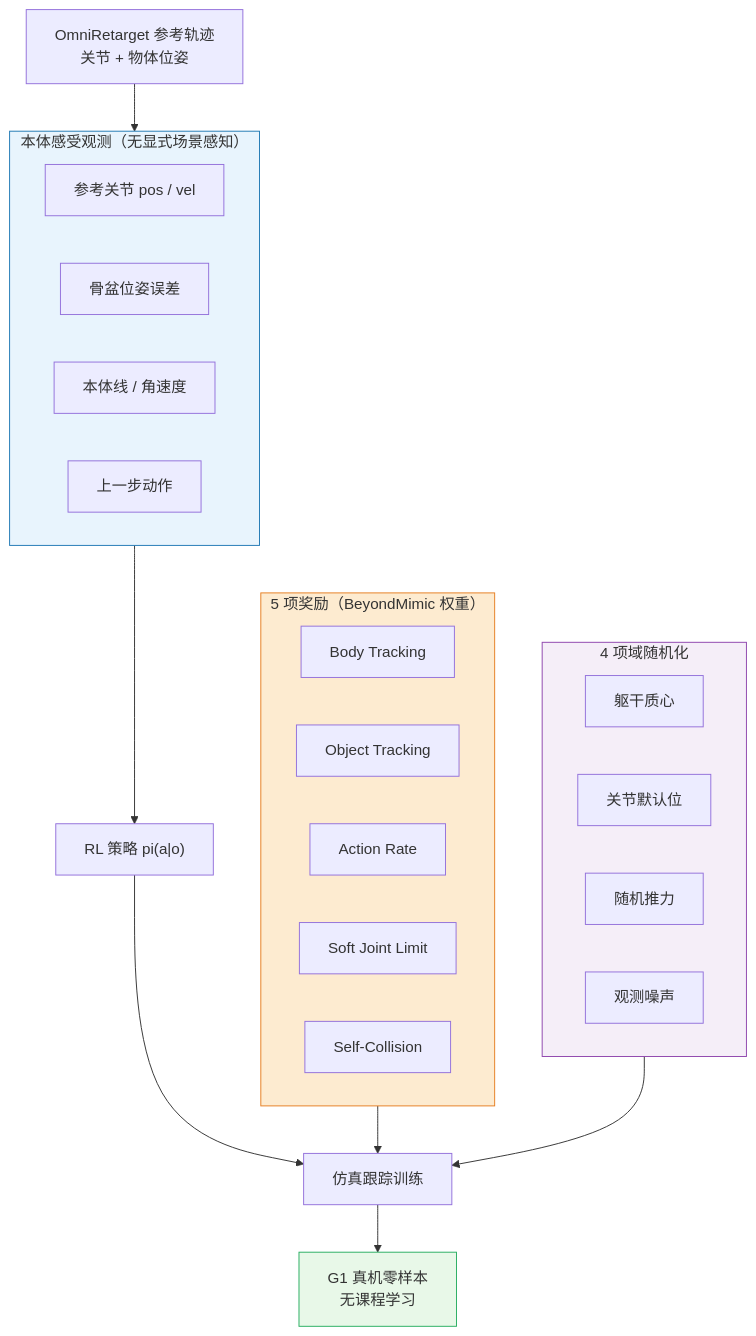
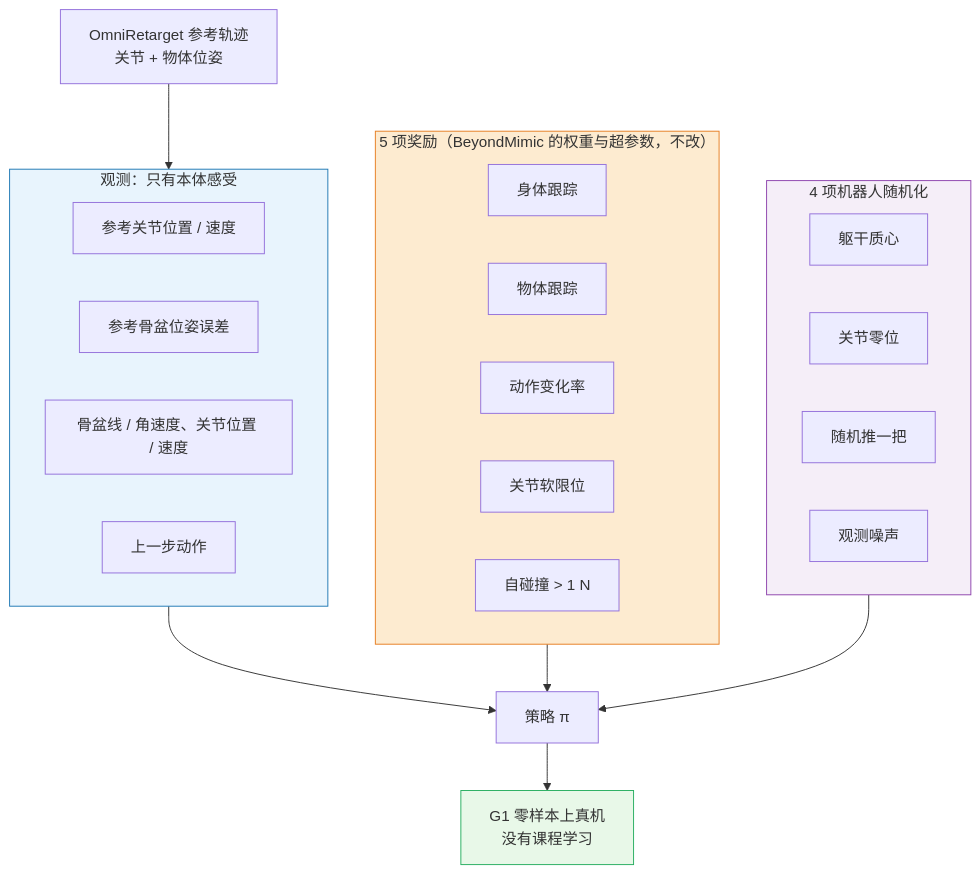
The third of 6 diagrams in papers/02_Motion_Retargeting/OmniRetarget__Interaction-Preserving_Data_Generation_for_Humanoid_Whole-Body_Loc/OmniRetarget__Interaction-Preserving_Data_Generation_for_Humanoid_Whole-Body_Loc.md (ImChong/Robot_Learning_Paper_Notebooks), drawn with Mermaid before and after one commit. The commit also changed other lines of this file, not shown here.

```diff
--- a/papers/02_Motion_Retargeting/OmniRetarget__Interaction-Preserving_Data_Generation_for_Humanoid_Whole-Body_Loc/OmniRetarget__Interaction-Preserving_Data_Generation_for_Humanoid_Whole-Body_Loc.md
+++ b/papers/02_Motion_Retargeting/OmniRetarget__Interaction-Preserving_Data_Generation_for_Humanoid_Whole-Body_Loc/OmniRetarget__Interaction-Preserving_Data_Generation_for_Humanoid_Whole-Body_Loc.md
@@ -354,38 +346,37 @@
 <div class="mermaid">
 flowchart TB
     REF["OmniRetarget 参考轨迹<br/>关节 + 物体位姿"] --> OBS
 
-    subgraph OBS["本体感受观测（无显式场景感知）"]
-        O1["参考关节 pos / vel"]
-        O2["骨盆位姿误差"]
-        O3["本体线 / 角速度"]
+    subgraph OBS["观测：只有本体感受"]
+        O1["参考关节位置 / 速度"]
+        O2["参考骨盆位姿误差"]
+        O3["骨盆线 / 角速度、关节位置 / 速度"]
         O4["上一步动作"]
     end
 
-    OBS --> POL["RL 策略 pi(a#124;o)"]
-    POL --> SIM["仿真跟踪训练"]
+    OBS --> POL["策略 π"]
 
-    subgraph REW["5 项奖励（BeyondMimic 权重）"]
-        R1["Body Tracking"]
-        R2["Object Tracking"]
-        R3["Action Rate"]
-        R4["Soft Joint Limit"]
-        R5["Self-Collision"]
+    subgraph REW["5 项奖励（BeyondMimic 的权重与超参数，不改）"]
+        R1["身体跟踪"]
+        R2["物体跟踪"]
+        R3["动作变化率"]
+        R4["关节软限位"]
+        R5["自碰撞 > 1 N"]
     end
 
-    subgraph DR["4 项域随机化"]
+    subgraph DR["4 项机器人随机化"]
         D1["躯干质心"]
-        D2["关节默认位"]
-        D3["随机推力"]
+        D2["关节零位"]
+        D3["随机推一把"]
         D4["观测噪声"]
     end
 
-    REW --> SIM
-    DR --> SIM
-    SIM --> DEPLOY["G1 真机零样本<br/>无课程学习"]
+    REW --> POL
+    DR --> POL
+    POL --> DEPLOY["G1 零样本上真机<br/>没有课程学习"]
 
     style OBS fill:#e8f4fd,stroke:#1f78b4
     style REW fill:#fdebd0,stroke:#e67e22
     style DR fill:#f5eef8,stroke:#8e44ad
     style DEPLOY fill:#e8f8e8,stroke:#27ae60
 </div>
```
